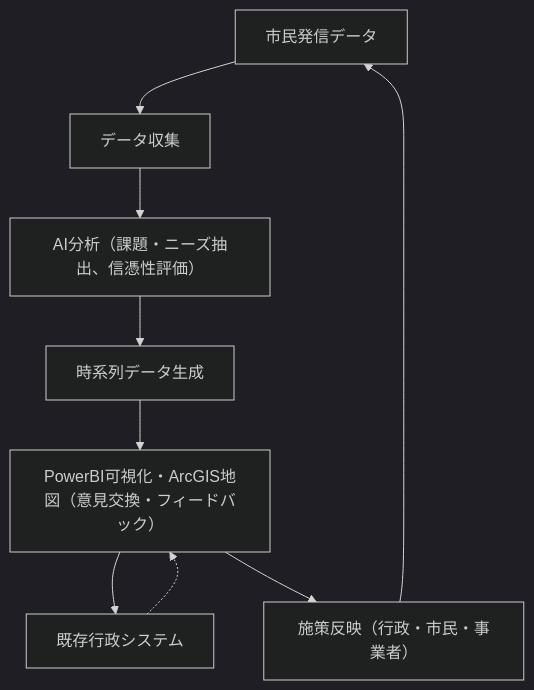
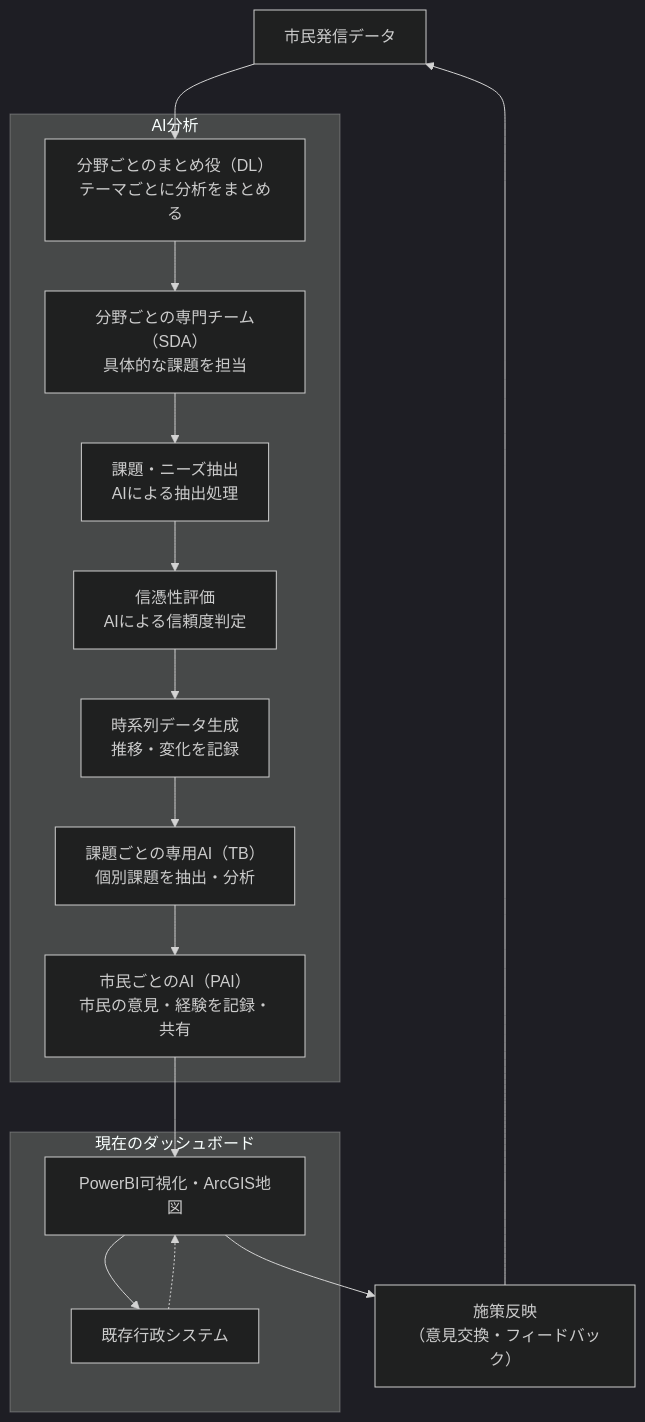
The diagram in OpenDataHackathon2025_渋谷/9.システム提案書.md (yamamoto-ryuzo/portal), drawn with Mermaid (dark theme) before and after one commit. The commit also changed other lines of this file, not shown here.

````diff
--- a/OpenDataHackathon2025_渋谷/9.システム提案書.md
+++ b/OpenDataHackathon2025_渋谷/9.システム提案書.md
@@ -39,11 +36,24 @@
 ```mermaid
 graph TD
-    A[市民発信データ] --> B[データ収集]
-    B --> C[AI分析（課題・ニーズ抽出、信憑性評価）]
-    C --> J[時系列データ生成]
-    J --> F[PowerBI可視化・ArcGIS地図（意見交換・フィードバック）]
-    F --> I[既存行政システム]
+    A[市民発信データ]
+    A --> DL
+    subgraph C[AI分析]
+        DL[分野ごとのまとめ役（DL）<br>テーマごとに分析をまとめる]
+        SDA[分野ごとの専門チーム（SDA）<br>具体的な課題を担当]
+        EXTRACT[課題・ニーズ抽出<br>AIによる抽出処理]
+        VERIFY[信憑性評価<br>AIによる信頼度判定]
+        TIME[時系列データ生成<br>推移・変化を記録]
+        TB[課題ごとの専用AI（TB）<br>個別課題を抽出・分析]
+        PAI[市民ごとのAI（PAI）<br>市民の意見・経験を記録・共有]
+        DL --> SDA --> EXTRACT --> VERIFY --> TIME --> TB --> PAI
+    end
+    PAI --> F
+    subgraph S[現在のダッシュボード]
+        F[PowerBI可視化・ArcGIS地図]
+        I[既存行政システム]
+        F --> I
+    end
     I -.-> F
-    F --> K[施策反映（行政・市民・事業者）]
+    F --> K[施策反映<br>（意見交換・フィードバック）]
     K --> A[市民発信データ]
 ```
````
